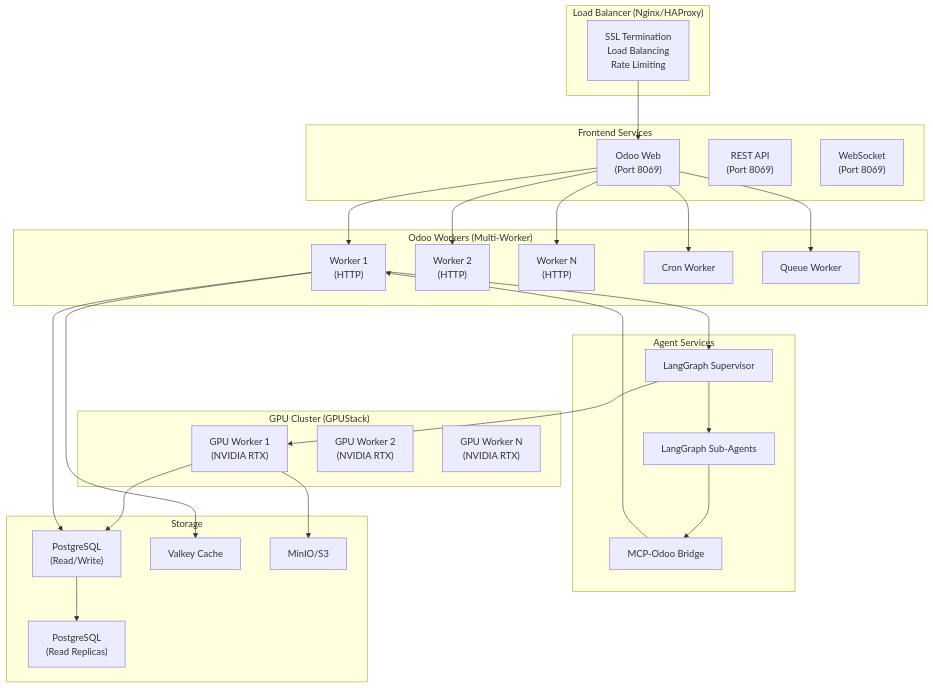
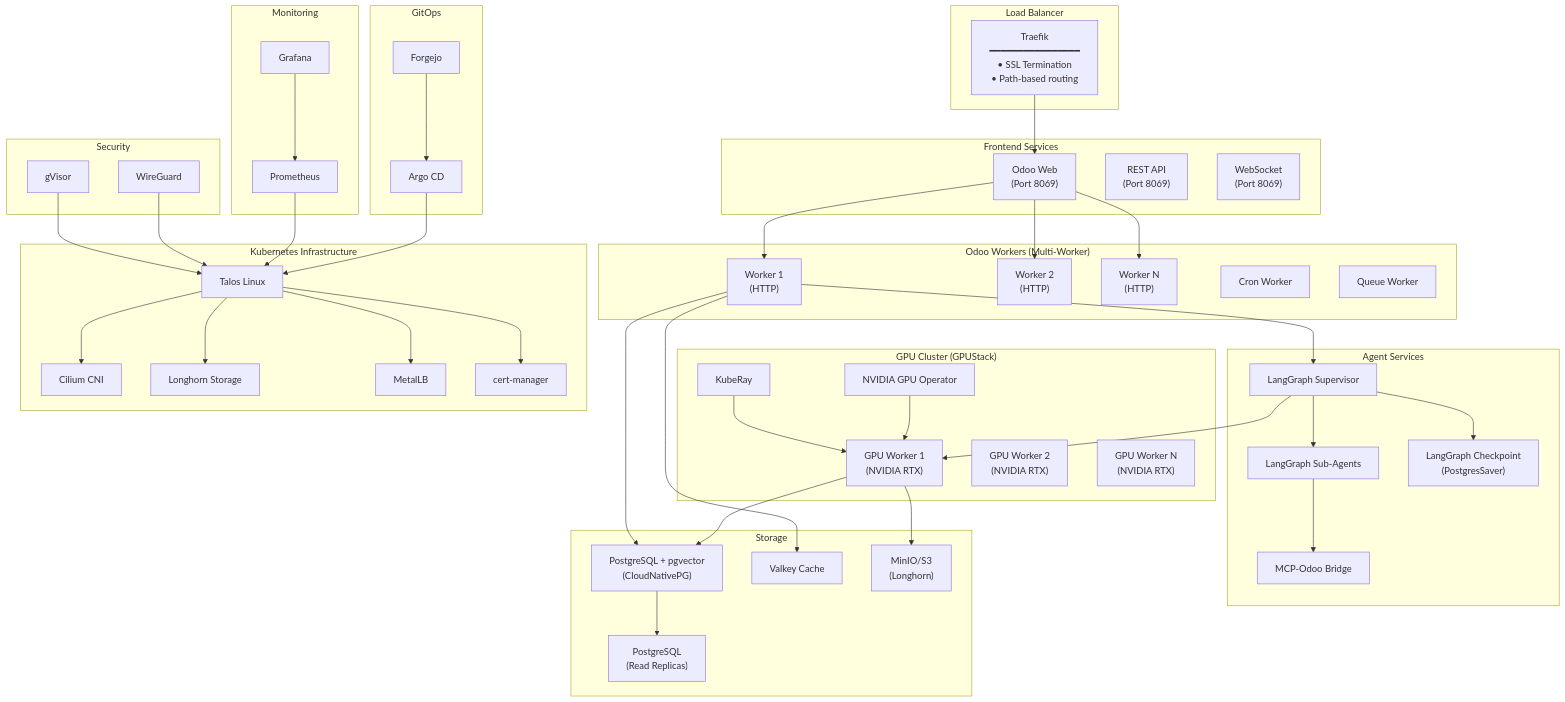
Before and after one commit to nettrades/nettrades-platform: diagram 11 of 12 in docs/developer/Logical-Solution-Architecture-Diagram.md, drawn with Mermaid. The commit also changed other lines of this file and 1 other file, not shown here.

Commit message:
updated diagrams

````diff
--- a/docs/developer/Logical-Solution-Architecture-Diagram.md
+++ b/docs/developer/Logical-Solution-Architecture-Diagram.md
@@ -715,7 +741,8 @@
 ```mermaid
+
 graph TB
-    subgraph LoadBalancer["Load Balancer (Nginx/HAProxy)"]
-        LB["SSL Termination\nLoad Balancing\nRate Limiting"]
+    subgraph LoadBalancer["Load Balancer"]
+        Traefik["Traefik\n━━━━━━━━━━━━━━━━\n• SSL Termination\n• Path-based routing"]
     end
 
     subgraph FrontendServices["Frontend Services"]
@@ -729,42 +756,79 @@
         Worker2["Worker 2\n(HTTP)"]
         WorkerN["Worker N\n(HTTP)"]
         Cron["Cron Worker"]
-        Queue["Queue Worker"]
+        QueueWorker["Queue Worker"]
     end
 
     subgraph AgentServices["Agent Services"]
         LangGraph["LangGraph Supervisor"]
         SubAgents["LangGraph Sub-Agents"]
         MCP["MCP-Odoo Bridge"]
+        Checkpoint["LangGraph Checkpoint\n(PostgresSaver)"]
     end
 
     subgraph GPUCluster["GPU Cluster (GPUStack)"]
         GPU1["GPU Worker 1\n(NVIDIA RTX)"]
         GPU2["GPU Worker 2\n(NVIDIA RTX)"]
         GPUN["GPU Worker N\n(NVIDIA RTX)"]
+        GPUOp["NVIDIA GPU Operator"]
+        Ray["KubeRay"]
     end
 
     subgraph Storage["Storage"]
-        PG["PostgreSQL\n(Read/Write)"]
+        PG["PostgreSQL + pgvector\n(CloudNativePG)"]
         PGR["PostgreSQL\n(Read Replicas)"]
         Valkey["Valkey Cache"]
-        S3["MinIO/S3"]
+        S3["MinIO/S3\n(Longhorn)"]
     end
 
-    LB --> Web
+    subgraph K8sInfra["Kubernetes Infrastructure"]
+        Talos["Talos Linux"]
+        Cilium["Cilium CNI"]
+        Longhorn["Longhorn Storage"]
+        MetalLB["MetalLB"]
+        certmgr["cert-manager"]
+    end
+
+    subgraph GitOps["GitOps"]
+        Forgejo["Forgejo"]
+        ArgoCD["Argo CD"]
+    end
+
+    subgraph Monitoring["Monitoring"]
+        Prometheus["Prometheus"]
+        Grafana["Grafana"]
+    end
+
+    subgraph Security["Security"]
+        WireGuard["WireGuard"]
+        gVisor["gVisor"]
+    end
+
+    Traefik --> Web
     Web --> Worker1
     Web --> Worker2
     Web --> WorkerN
-    Web --> Cron
-    Web --> Queue
     Worker1 --> LangGraph
     LangGraph --> SubAgents
     SubAgents --> MCP
-    MCP --> Worker1
+    LangGraph --> Checkpoint
     LangGraph --> GPU1
     GPU1 --> PG
     GPU1 --> S3
     Worker1 --> PG
     Worker1 --> Valkey
     PG --> PGR
+    Talos --> Cilium
+    Talos --> Longhorn
+    Talos --> MetalLB
+    Talos --> certmgr
+    Forgejo --> ArgoCD
+    ArgoCD --> Talos
+    Prometheus --> Talos
+    Grafana --> Prometheus
+    WireGuard --> Talos
+    gVisor --> Talos
+    GPUOp --> GPU1
+    Ray --> GPU1
+
 ```
````
